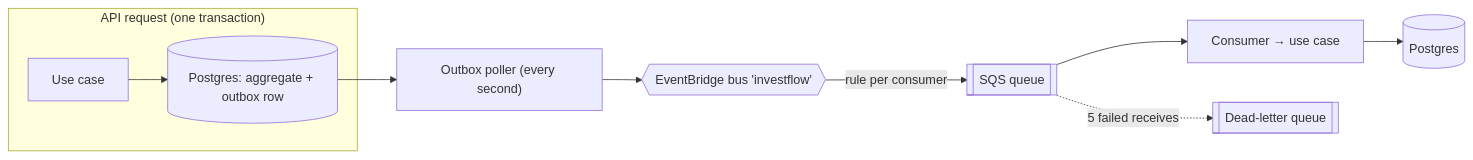
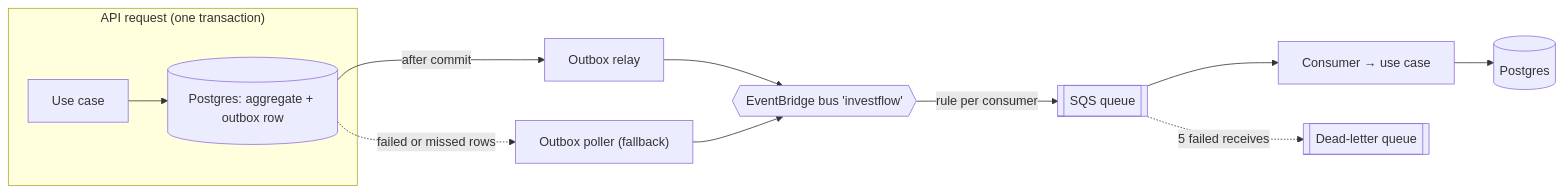
One commit to Diogo-NB/investflow changed the first of 9 diagrams in docs/architecture/event-flow.md. Above: the diagram before and after it, drawn with Mermaid. The commit also changed other lines of this file and 43 other files, not shown here.

First line of the commit message:
feat: publish outbox events right after commit

````diff
--- a/docs/architecture/event-flow.md
+++ b/docs/architecture/event-flow.md
@@ -16,12 +16,14 @@
 ```mermaid
 flowchart LR
   subgraph request["API request (one transaction)"]
     UC["Use case"] --> SAVE[("Postgres: aggregate + outbox row")]
   end
-  SAVE --> POLL["Outbox poller (every second)"]
-  POLL --> BUS{{"EventBridge bus 'investflow'"}}
+  SAVE -- "after commit" --> RELAY["Outbox relay"]
+  SAVE -. "failed or missed rows" .-> POLL["Outbox poller (fallback)"]
+  RELAY --> BUS{{"EventBridge bus 'investflow'"}}
+  POLL --> BUS
   BUS -- "rule per consumer" --> Q[["SQS queue"]]
   Q --> C["Consumer → use case"]
   C --> DB[("Postgres")]
   Q -. "5 failed receives" .-> DLQ[["Dead-letter queue"]]
 ```
````
